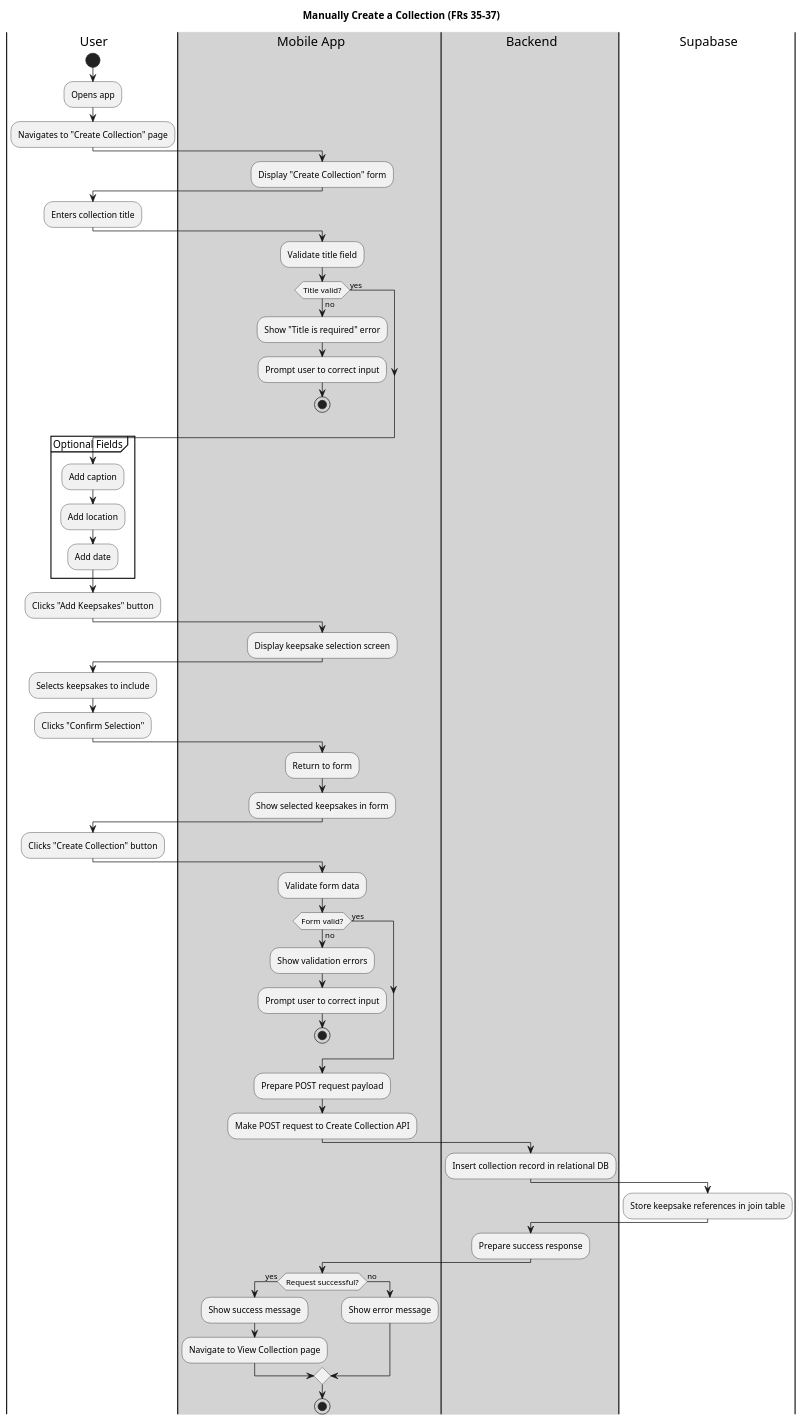
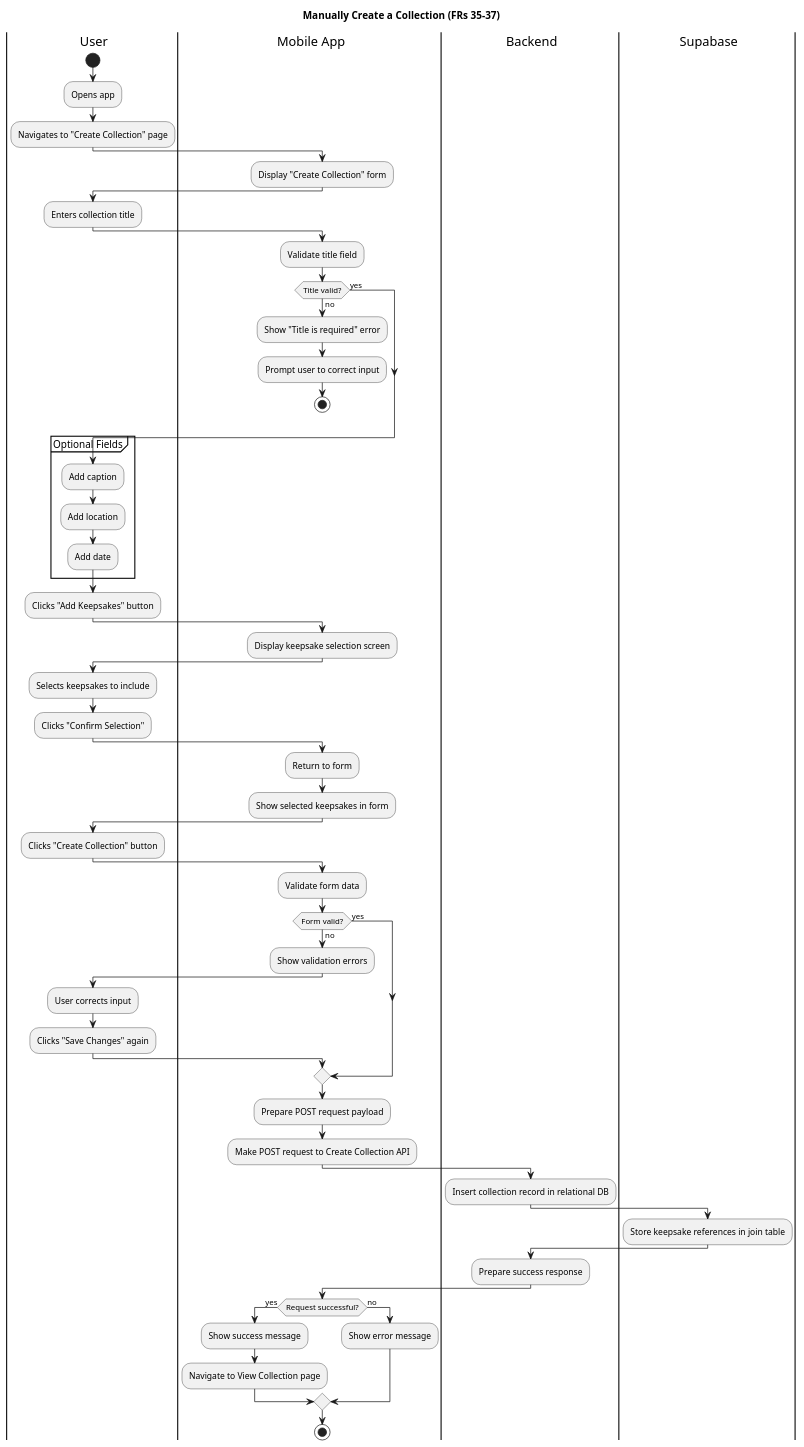
The diagram in docs/activity/manual-create-collection.puml (owencooke/memento), drawn with PlantUML before and after one commit. The commit also changed 14 other files, not shown here.

```diff
--- a/docs/activity/manual-create-collection.puml
+++ b/docs/activity/manual-create-collection.puml
@@ -1,81 +1,83 @@
 @startuml
 title Manually Create a Collection (FRs 35-37)
 
 |user| User
-|#lightgray|mobile| Mobile App
-|#lightgray|backend| Backend
+|mobile| Mobile App
+|backend| Backend
 |db| Supabase
 
 |user|
 start
 :Opens app;
 :Navigates to "Create Collection" page;
 
 |mobile|
 :Display "Create Collection" form;
 
 |user|
 :Enters collection title;
 
 |mobile|
 :Validate title field;
 if (Title valid?) is (no) then
   :Show "Title is required" error;
   :Prompt user to correct input;
   stop
 else (yes)
 endif
 
 |user|
 partition "Optional Fields" {
   :Add caption;
   :Add location;
   :Add date;
 }
 
 |user|
 :Clicks "Add Keepsakes" button;
 
 |mobile|
 :Display keepsake selection screen;
 
 |user|
 :Selects keepsakes to include;
 :Clicks "Confirm Selection";
 
 |mobile|
 :Return to form;
 :Show selected keepsakes in form;
 
 |user|
 :Clicks "Create Collection" button;
 
 |mobile|
 :Validate form data;
 if (Form valid?) is (no) then
   :Show validation errors;
-  :Prompt user to correct input;
-  stop
+  |user|
+  :User corrects input;
+  :Clicks "Save Changes" again;
+|mobile|
 else (yes)
 endif
 
 :Prepare POST request payload;
 :Make POST request to Create Collection API;
 
 |backend|
 :Insert collection record in relational DB;
 |db|
 :Store keepsake references in join table;
 |backend|
 :Prepare success response;
 
 |mobile|
 if (Request successful?) is (yes) then
   :Show success message;
   :Navigate to View Collection page;
 else (no)
   :Show error message;
 endif
 
 stop
 @enduml
```
